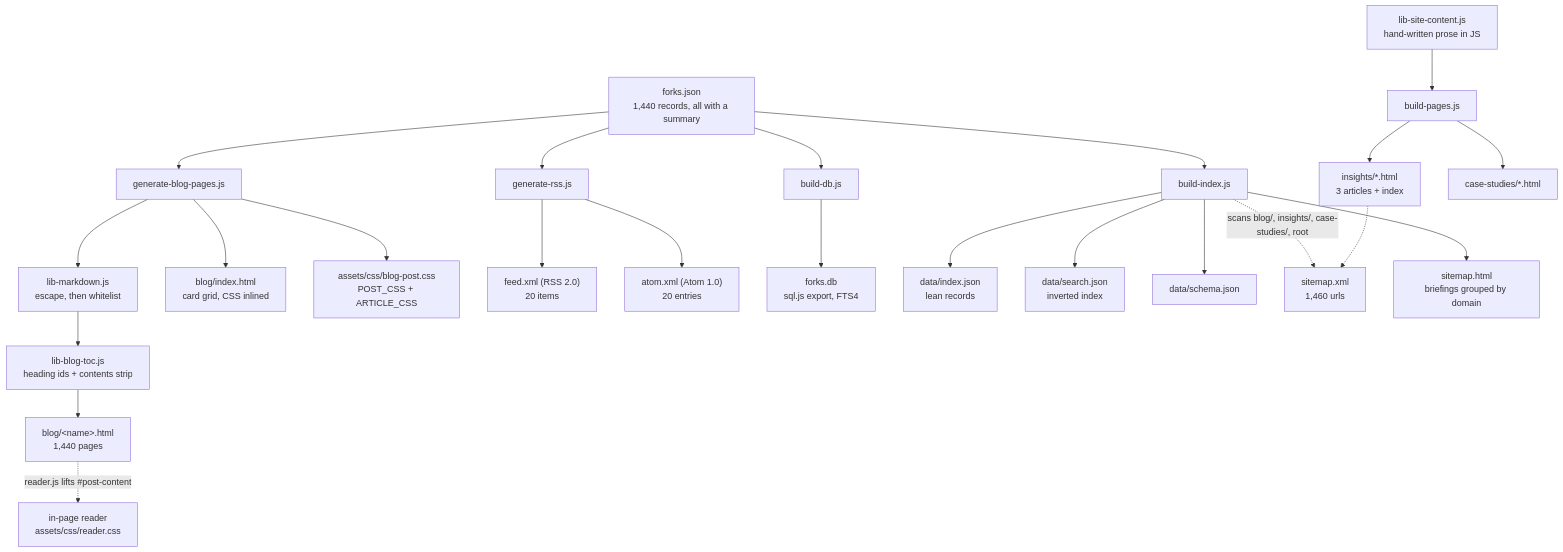
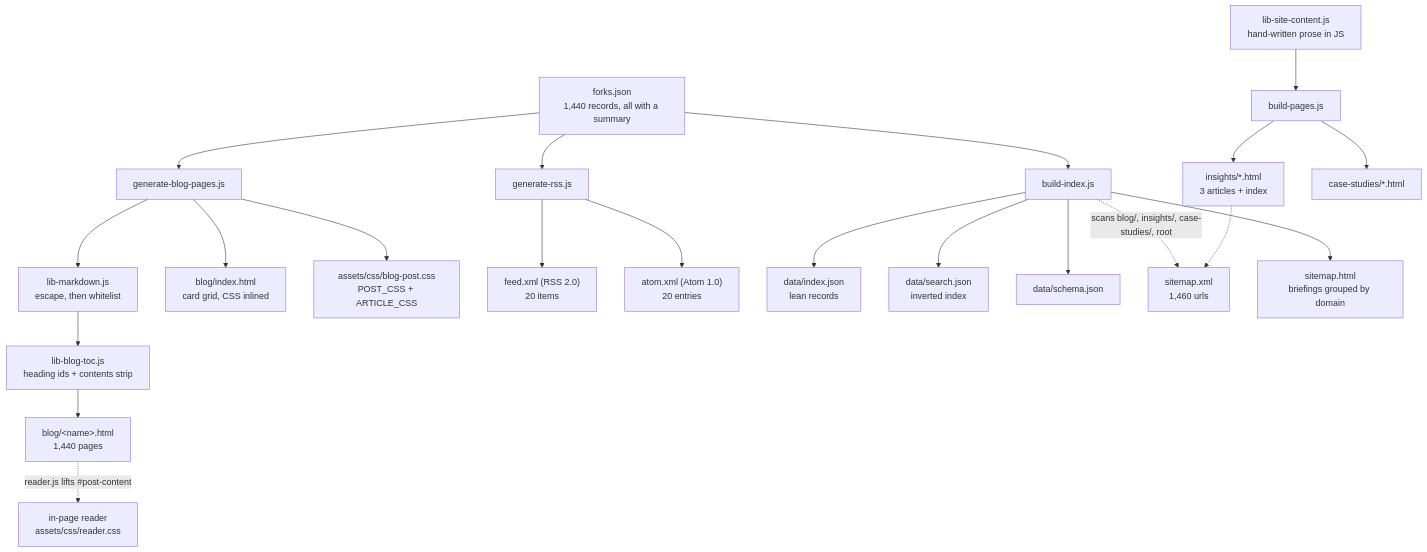
The diagram in docs/architecture/12-publishing.md (moses-y/moses-y.github.io), drawn with Mermaid before and after one commit. The commit also changed other lines of this file and 12 other files, not shown here.

````diff
--- a/docs/architecture/12-publishing.md
+++ b/docs/architecture/12-publishing.md
@@ -17,33 +17,30 @@
 ```mermaid
 flowchart TD
     F["forks.json<br/>1,440 records, all with a summary"]
 
     F --> GBP[generate-blog-pages.js]
     F --> RSS[generate-rss.js]
-    F --> DB[build-db.js]
     F --> IDX[build-index.js]
 
     GBP --> MD["lib-markdown.js<br/>escape, then whitelist"]
     MD --> TOC["lib-blog-toc.js<br/>heading ids + contents strip"]
     TOC --> PAGE["blog/&lt;name&gt;.html<br/>1,440 pages"]
     GBP --> BIDX["blog/index.html<br/>card grid, CSS inlined"]
     GBP --> CSS["assets/css/blog-post.css<br/>POST_CSS + ARTICLE_CSS"]
 
     RSS --> FEED["feed.xml (RSS 2.0)<br/>20 items"]
     RSS --> ATOM["atom.xml (Atom 1.0)<br/>20 entries"]
-
-    DB --> SQLITE["forks.db<br/>sql.js export, FTS4"]
 
     IDX --> IJSON["data/index.json<br/>lean records"]
     IDX --> SJSON["data/search.json<br/>inverted index"]
     IDX --> SCH[data/schema.json]
     IDX -.->|scans blog/, insights/, case-studies/, root| SMAP["sitemap.xml<br/>1,460 urls"]
     IDX --> SHTML["sitemap.html<br/>briefings grouped by domain"]
 
     PAGE -.->|reader.js lifts #post-content| READER["in-page reader<br/>assets/css/reader.css"]
 
     SEP["lib-site-content.js<br/>hand-written prose in JS"] --> BP[build-pages.js]
     BP --> INS["insights/*.html<br/>3 articles + index"]
     BP --> CS[case-studies/*.html]
     INS -.-> SMAP
 ```
````
